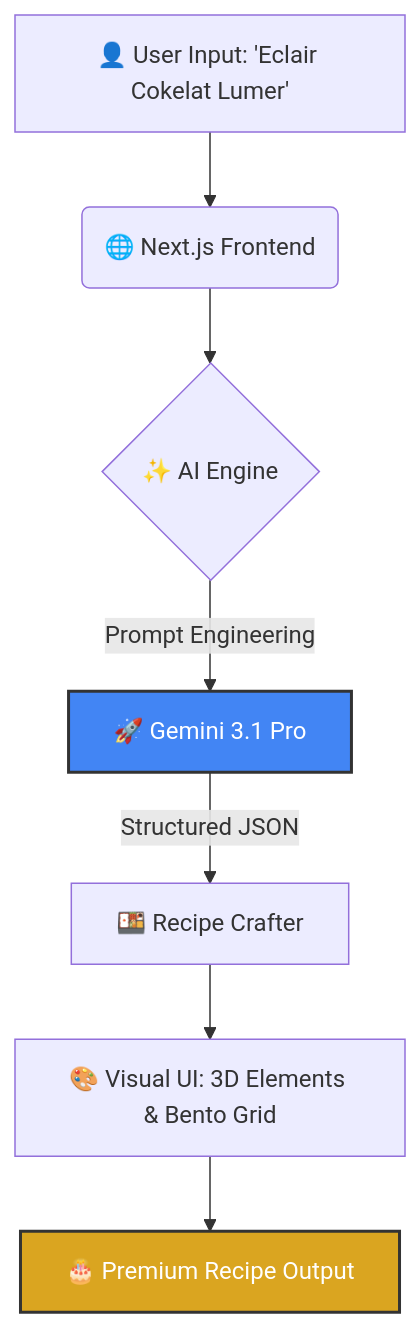
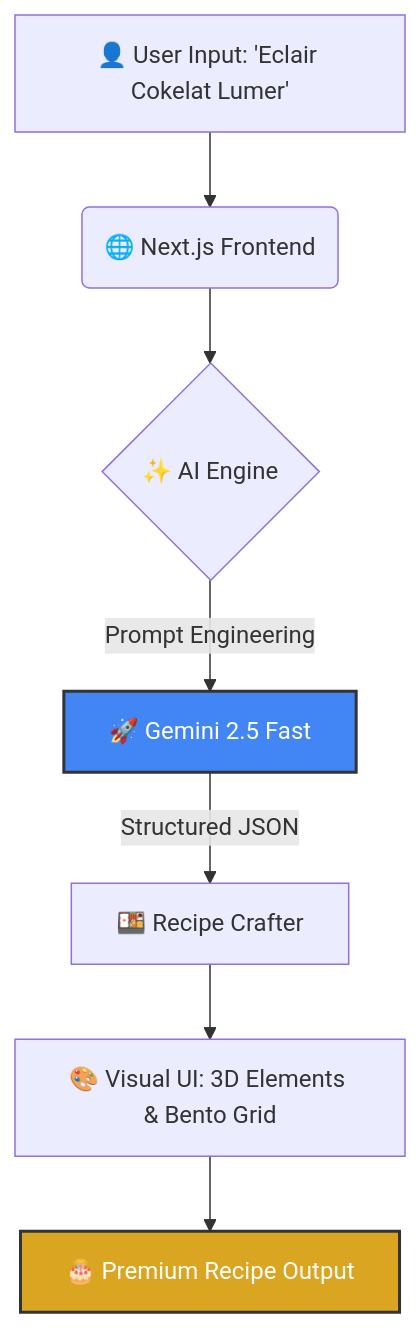
The diagram in README.md (tsubametaa/KokiMugi), drawn with Mermaid before and after one commit. The commit also changed other lines of this file, not shown here.

Commit message:
Update AI engine version in README

````diff
--- a/README.md
+++ b/README.md
@@ -47,12 +47,12 @@
 ```mermaid
 graph TD
     A[👤 User Input: 'Eclair Cokelat Lumer'] --> B(🌐 Next.js Frontend)
     B --> C{✨ AI Engine}
-    C -->|Prompt Engineering| D[🚀 Gemini 3.1 Pro]
+    C -->|Prompt Engineering| D[🚀 Gemini 2.5 Fast]
     D -->|Structured JSON| E[🍱 Recipe Crafter]
     E --> F[🎨 Visual UI: 3D Elements & Bento Grid]
     F --> G[🎂 Premium Recipe Output]
 
     style D fill:#4285F4,stroke:#333,stroke-width:2px,color:#fff
     style G fill:#DAA520,stroke:#333,stroke-width:2px,color:#fff
 ```
````
